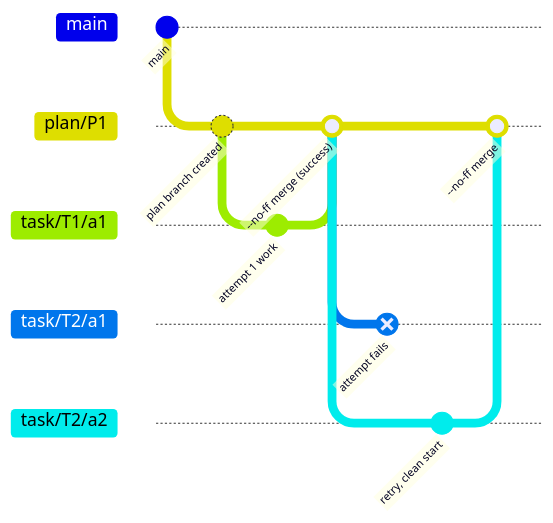
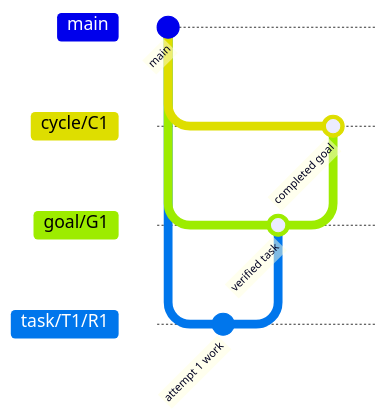
Before and after one commit to guilhermeUpToTask/agent-orchestrator-prototype: the third of 3 diagrams in docs/architecture/execution-model.md, drawn with Mermaid. The commit also changed other lines of this file and 32 other files, not shown here.

````diff
--- a/docs/architecture/execution-model.md
+++ b/docs/architecture/execution-model.md
@@ -150,17 +150,12 @@
 ```mermaid
 gitGraph
     commit id: "main"
-    branch plan/P1
-    commit id: "plan branch created"
-    branch task/T1/a1
+    branch cycle/C1
+    branch goal/G1
+    branch task/T1/R1
     commit id: "attempt 1 work"
-    checkout plan/P1
-    merge task/T1/a1 id: "--no-ff merge (success)"
-    branch task/T2/a1
-    commit id: "attempt fails" type: REVERSE
-    checkout plan/P1
-    branch task/T2/a2
-    commit id: "retry, clean start"
-    checkout plan/P1
-    merge task/T2/a2 id: "--no-ff merge"
+    checkout goal/G1
+    merge task/T1/R1 id: "verified task"
+    checkout cycle/C1
+    merge goal/G1 id: "completed goal"
 ```
````
